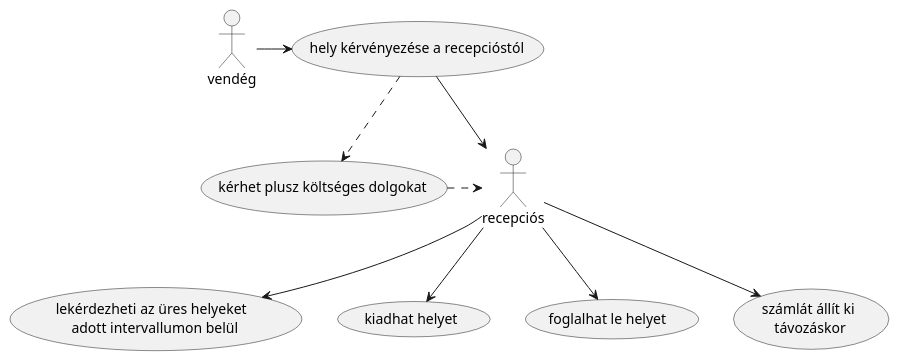
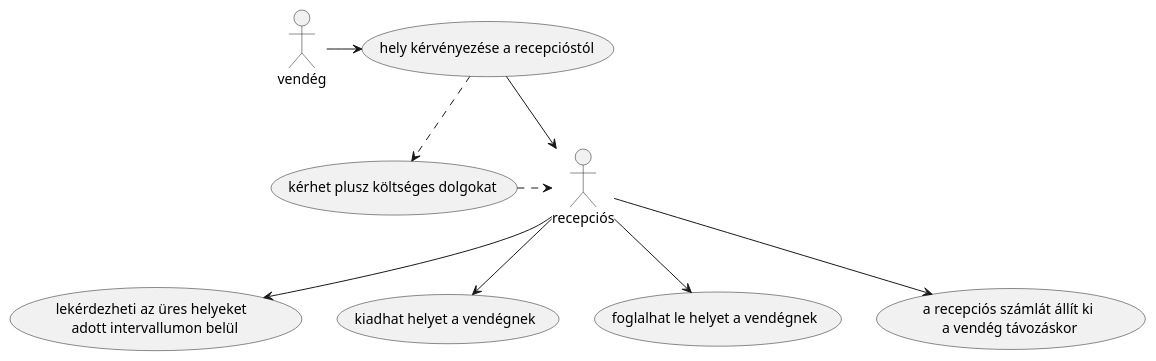
The diagram in docs/Campaing Use Case.puml (krbm4rk/5_csoport), drawn with PlantUML before and after one commit.

Commit message:
UML ->Apróbb finomítás

```diff
--- a/docs/Campaing Use Case.puml
+++ b/docs/Campaing Use Case.puml
@@ -1,11 +1,11 @@
 @startuml
 vendég -> (hely kérvényezése a recepcióstól)
 (hely kérvényezése a recepcióstól) ..> (kérhet plusz költséges dolgokat)
 (hely kérvényezése a recepcióstól) -> :recepciós:
 (kérhet plusz költséges dolgokat)  .> :recepciós:
 :recepciós: --> (lekérdezheti az üres helyeket \n adott intervallumon belül)
 
-:recepciós: --> (kiadhat helyet)
-:recepciós: --> (foglalhat le helyet )
-:recepciós: -->(számlát állít ki\n távozáskor)
+:recepciós: --> (kiadhat helyet a vendégnek)
+:recepciós: --> (foglalhat le helyet a vendégnek )
+:recepciós: -->(a recepciós számlát állít ki\n a vendég távozáskor)
 @enduml
```
